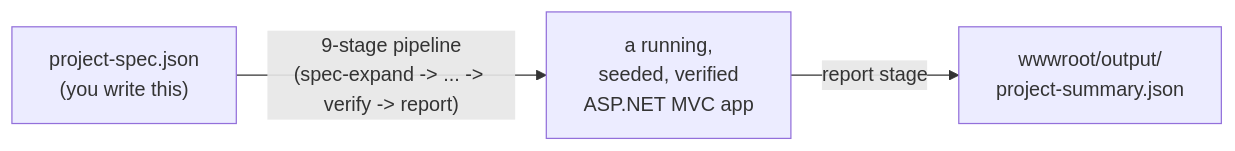
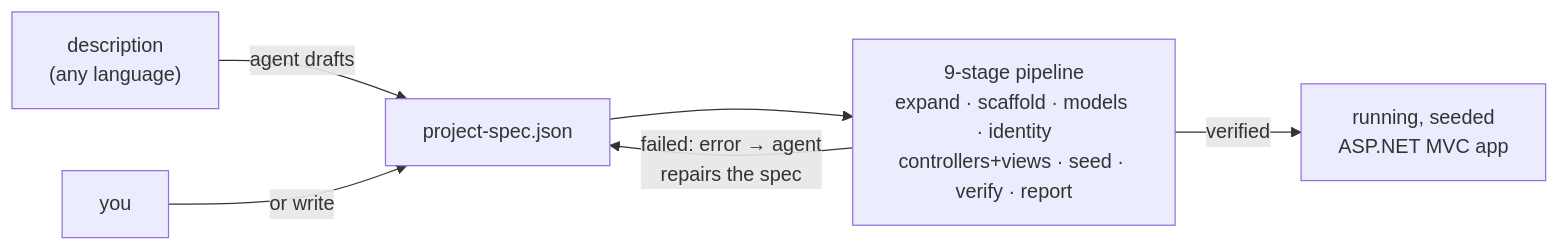
The diagram in README.md (StefanMarinkov05/genesis_v6), drawn with Mermaid before and after one commit. The commit also changed other lines of this file and 8 other files, not shown here.

First line of the commit message:
docs: public README, CLI reference, Architecture Handbook PDF build (changelog 133)

````diff
--- a/README.md
+++ b/README.md
@@ -12,5 +21,8 @@
 ```mermaid
 flowchart LR
-  spec["project-spec.json\n(you write this)"] -->|"9-stage pipeline\n(spec-expand -> ... -> verify -> report)"| app["a running,\nseeded, verified\nASP.NET MVC app"]
-  app -->|"report stage"| summary["wwwroot/output/\nproject-summary.json"]
+  desc["description\n(any language)"] -->|"agent drafts"| spec["project-spec.json"]
+  you["you"] -->|"or write"| spec
+  spec --> pipe["9-stage pipeline\nexpand · scaffold · models · identity\ncontrollers+views · seed · verify · report"]
+  pipe -->|"verified"| app["running, seeded\nASP.NET MVC app"]
+  pipe -->|"failed: error → agent\nrepairs the spec"| spec
 ```
````
